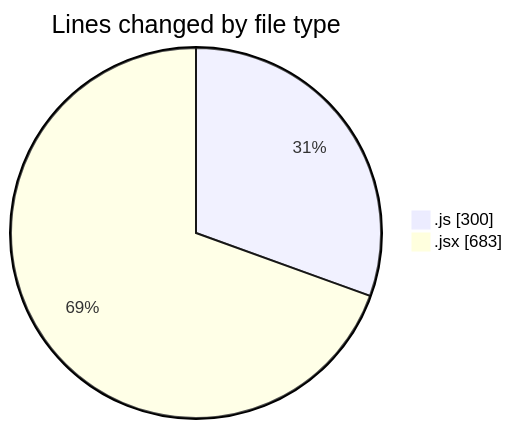
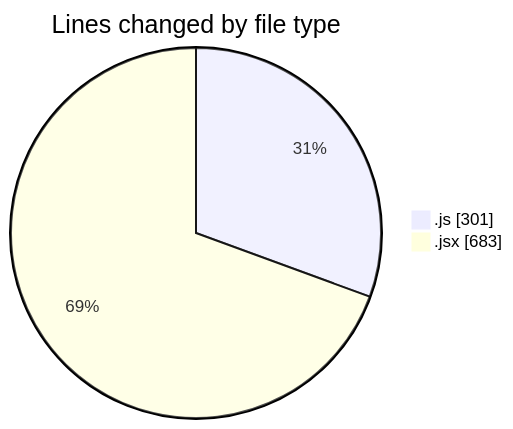
One commit to nxtqubesakshisongat/code-tracking changed the first of 2 diagrams in 2025-08-21/nxtqube_webapp/README.md. Above: the diagram before and after it, drawn with Mermaid. The commit also changed other lines of this file and 1 other file, not shown here.

````diff
--- a/2025-08-21/nxtqube_webapp/README.md
+++ b/2025-08-21/nxtqube_webapp/README.md
@@ -22,6 +22,6 @@
 ```mermaid
 pie showData
 title Lines changed by file type
-".js" : 300
+".js" : 301
 ".jsx" : 683
 ```
````
